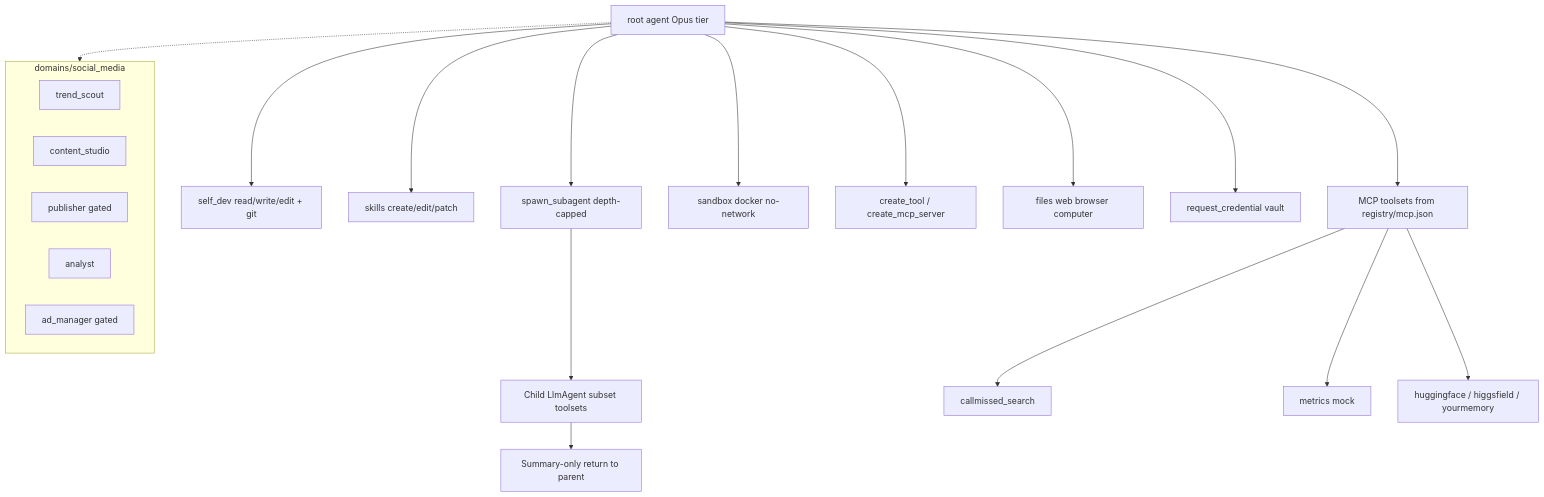
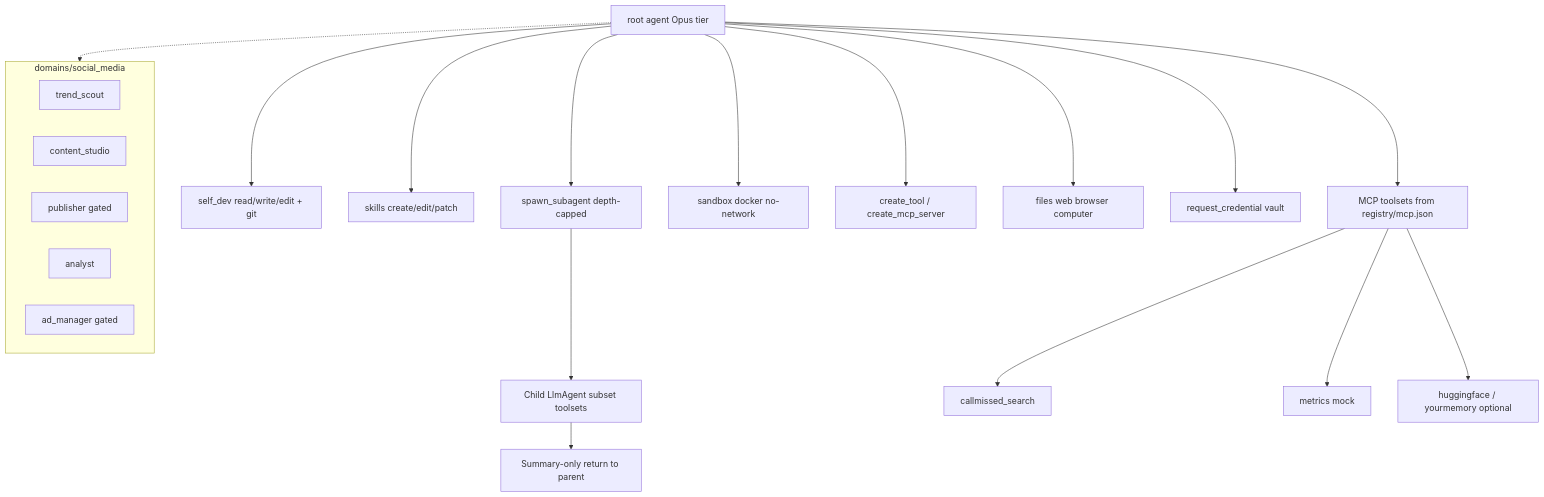
One commit to karanxa1/friday-agent changed the fifth of 9 diagrams in docs/ARCHITECTURE.md. Above: the diagram before and after it, drawn with Mermaid. The commit also changed other lines of this file and 7 other files, not shown here.

````diff
--- a/docs/ARCHITECTURE.md
+++ b/docs/ARCHITECTURE.md
@@ -155,30 +156,30 @@
 ```mermaid
 flowchart TB
   Root[root agent Opus tier]
 
   Root --> SelfDev[self_dev read/write/edit + git]
   Root --> Skills[skills create/edit/patch]
   Root --> Delegate[spawn_subagent depth-capped]
   Root --> Sandbox[sandbox docker no-network]
   Root --> Capability[create_tool / create_mcp_server]
   Root --> Files[files web browser computer]
   Root --> Auth[request_credential vault]
   Root --> MCP[MCP toolsets from registry/mcp.json]
 
   Delegate --> Child[Child LlmAgent subset toolsets]
   Child --> Summary[Summary-only return to parent]
 
   MCP --> Callmissed[callmissed_search]
   MCP --> Metrics[metrics mock]
-  MCP --> HF[huggingface / higgsfield / yourmemory]
+  MCP --> HF[huggingface / yourmemory optional]
 
   subgraph social [domains/social_media]
     Scout[trend_scout]
     Studio[content_studio]
     Publisher[publisher gated]
     Analyst[analyst]
     Ads[ad_manager gated]
   end
 
   Root -.-> social
 ```
````
